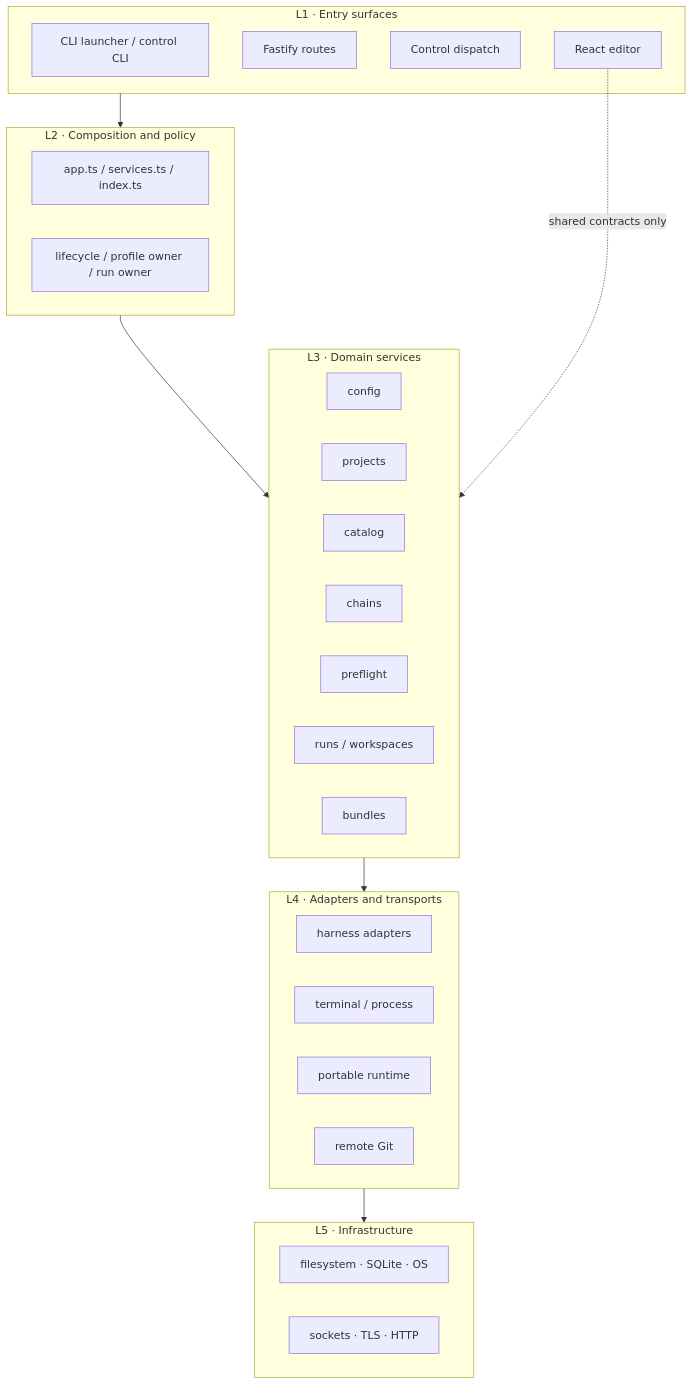
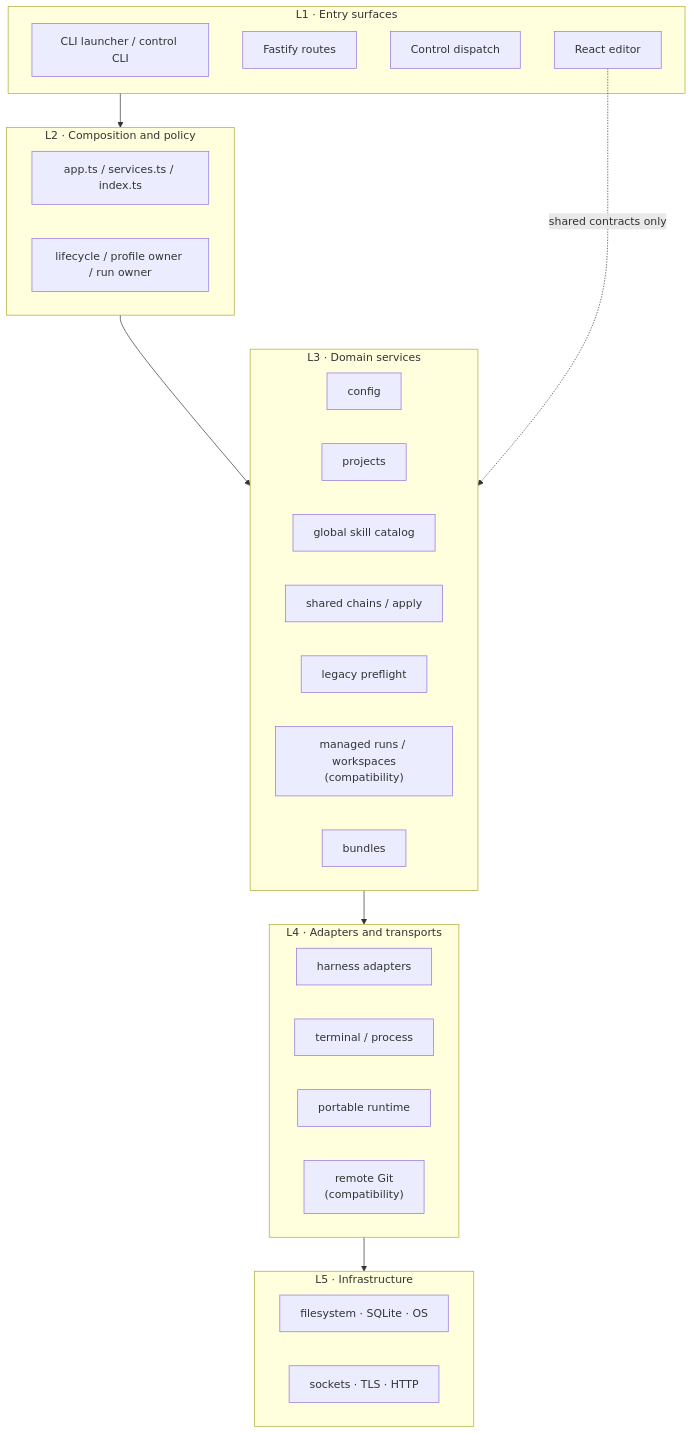
One commit to McFuzzySquirrel/skill-loom changed the eighth of 9 diagrams in Project_Architecture_Blueprint.md. Above: the diagram before and after it, drawn with Mermaid. The commit also changed other lines of this file, not shown here.

Commit message:
docs: update architecture blueprint for skills pivot

````diff
--- a/Project_Architecture_Blueprint.md
+++ b/Project_Architecture_Blueprint.md
@@ -428,35 +473,35 @@
 ```mermaid
 flowchart TB
   subgraph L1["L1 · Entry surfaces"]
     CLI["CLI launcher / control CLI"]
     HTTP["Fastify routes"]
     CONTROL["Control dispatch"]
     WEB["React editor"]
   end
   subgraph L2["L2 · Composition and policy"]
     APP["app.ts / services.ts / index.ts"]
     LIFE["lifecycle / profile owner / run owner"]
   end
   subgraph L3["L3 · Domain services"]
     CFG["config"]
     PRJ["projects"]
-    CAT["catalog"]
-    CHN["chains"]
-    PRE["preflight"]
-    RUN["runs / workspaces"]
+    CAT["global skill catalog"]
+    CHN["shared chains / apply"]
+    PRE["legacy preflight"]
+    RUN["managed runs / workspaces<br/>(compatibility)"]
     BUN["bundles"]
   end
   subgraph L4["L4 · Adapters and transports"]
     HAR["harness adapters"]
     PTY["terminal / process"]
     PORT["portable runtime"]
-    REM["remote Git"]
+    REM["remote Git<br/>(compatibility)"]
   end
   subgraph L5["L5 · Infrastructure"]
     FS["filesystem · SQLite · OS"]
     NET["sockets · TLS · HTTP"]
   end
 
   L1 --> L2 --> L3 --> L4 --> L5
   WEB -.->|"shared contracts only"| L3
 ```
````
